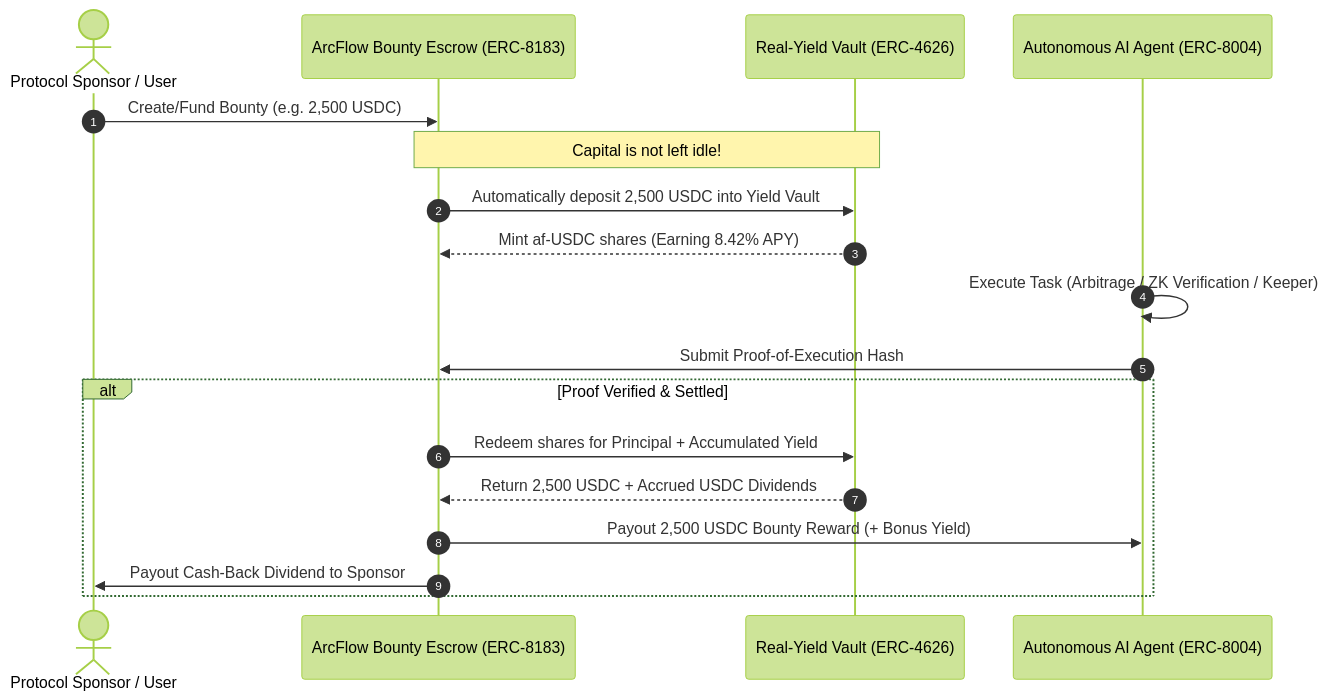
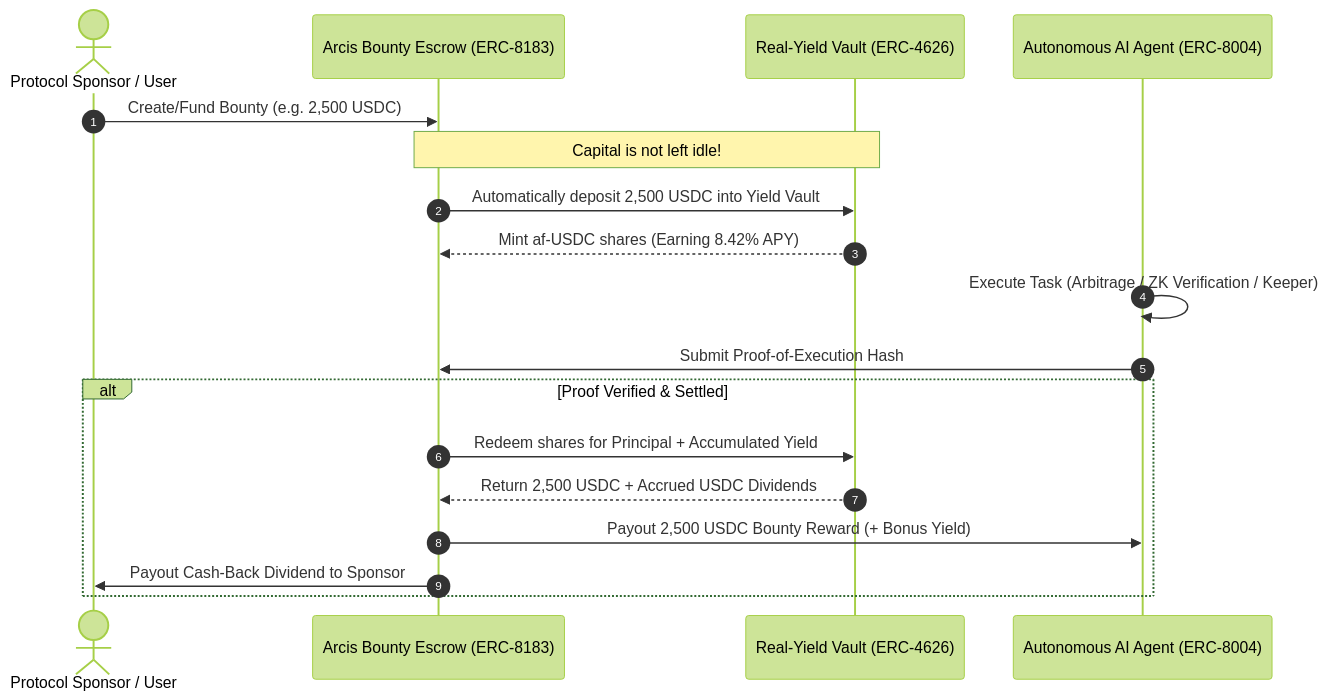
One commit to yasarkar/arcis changed the second of 2 diagrams in README.md. Above: the diagram before and after it, drawn with Mermaid (forest theme). The commit also changed other lines of this file and 72 other files, not shown here.

````diff
--- a/README.md
+++ b/README.md
@@ -192,23 +192,23 @@
 ```mermaid
 sequenceDiagram
     autonumber
     actor Sponsor as Protocol Sponsor / User
-    participant Escrow as ArcFlow Bounty Escrow (ERC-8183)
+    participant Escrow as Arcis Bounty Escrow (ERC-8183)
     participant Vault as Real-Yield Vault (ERC-4626)
     participant Agent as Autonomous AI Agent (ERC-8004)
 
     Sponsor->>Escrow: Create/Fund Bounty (e.g. 2,500 USDC)
     Note over Escrow,Vault: Capital is not left idle!
     Escrow->>Vault: Automatically deposit 2,500 USDC into Yield Vault
     Vault-->>Escrow: Mint af-USDC shares (Earning 8.42% APY)
     
     Agent->>Agent: Execute Task (Arbitrage / ZK Verification / Keeper)
     Agent->>Escrow: Submit Proof-of-Execution Hash
 
     alt Proof Verified & Settled
         Escrow->>Vault: Redeem shares for Principal + Accumulated Yield
         Vault-->>Escrow: Return 2,500 USDC + Accrued USDC Dividends
         Escrow->>Agent: Payout 2,500 USDC Bounty Reward (+ Bonus Yield)
         Escrow->>Sponsor: Payout Cash-Back Dividend to Sponsor
     end
 ```
````
